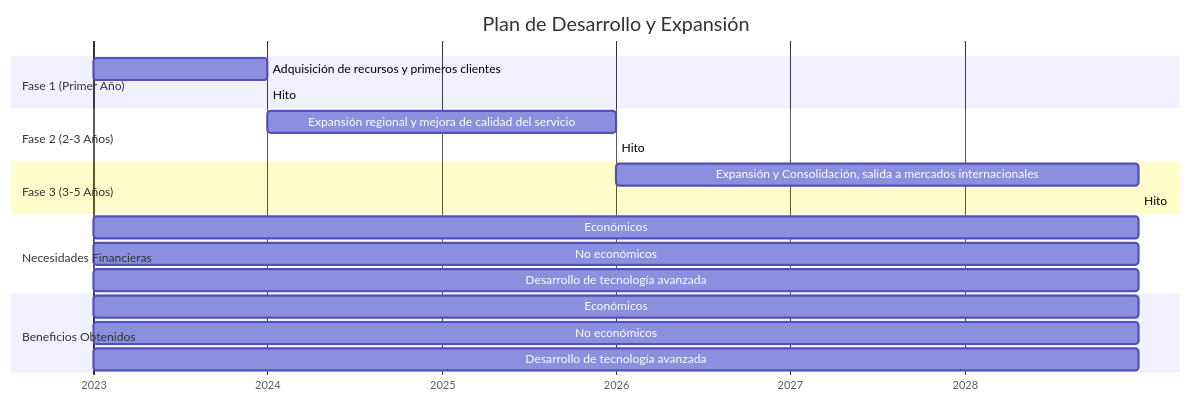
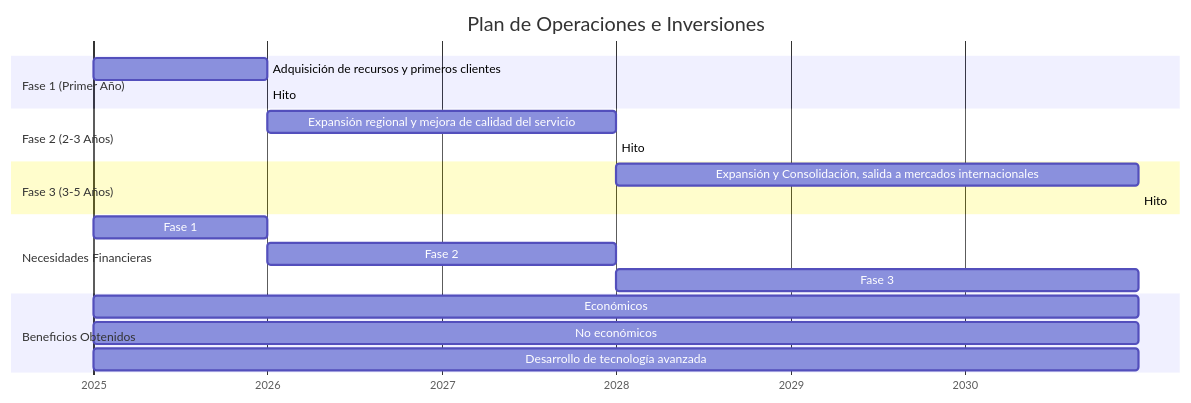
Before and after one commit to rubenvmu/loghid: the ninth of 9 diagrams in README.md, drawn with Mermaid.

````diff
--- a/README.md
+++ b/README.md
@@ -501,28 +501,28 @@
 ```mermaid
 gantt
-    title Plan de Desarrollo y Expansión
+    title Plan de Operaciones e Inversiones
     dateFormat  YYYY-MM-DD
     axisFormat  %Y
 
     section Fase 1 (Primer Año)
-    Adquisición de recursos y primeros clientes       :a1, 2023-01-01, 2023-12-31
-    Hito: Captación de al menos 2-3 contratos iniciales :milestone, 2023-12-31, 0d
+    Adquisición de recursos y primeros clientes       :a1, 2025-01-01, 2025-12-31
+    Hito: Captación de al menos 2-3 contratos iniciales :milestone, 2025-12-31, 0d
 
     section Fase 2 (2-3 Años)
-    Expansión regional y mejora de calidad del servicio :a2, 2024-01-01, 2025-12-31
-    Hito: Generación de ingresos recurrentes y consolidación en el Valle del Ebro :milestone, 2025-12-31, 0d
+    Expansión regional y mejora de calidad del servicio :a2, 2026-01-01, 2027-12-31
+    Hito: Generación de ingresos recurrentes y consolidación en el Valle del Ébro :milestone, 2027-12-31, 0d
 
     section Fase 3 (3-5 Años)
-    Expansión y Consolidación, salida a mercados internacionales :a3, 2026-01-01, 2028-12-31
-    Hito: Contratos internacionales y consolidación del flujo de ingresos estable :milestone, 2028-12-31, 0d
+    Expansión y Consolidación, salida a mercados internacionales :a3, 2028-01-01, 2030-12-31
+    Hito: Contratos internacionales y consolidación del flujo de ingresos estable :milestone, 2030-12-31, 0d
 
     section Necesidades Financieras
-    Económicos: Flujo recurrente de ingresos :a4, 2023-01-01, 2028-12-31
-    No económicos: Reducción de la huella de carbono :a5, 2023-01-01, 2028-12-31
-    Desarrollo de tecnología avanzada :a6, 2023-01-01, 2028-12-31
+    Fase 1: 200-300k € :a4, 2025-01-01, 2025-12-31
+    Fase 2: 100-150k € :a5, 2026-01-01, 2027-12-31
+    Fase 3: 500k-1M € :a6, 2028-01-01, 2030-12-31
 
     section Beneficios Obtenidos
-    Económicos: Flujo recurrente de ingresos :a7, 2023-01-01, 2028-12-31
-    No económicos: Reducción de la huella de carbono :a8, 2023-01-01, 2028-12-31
-    Desarrollo de tecnología avanzada :a9, 2023-01-01, 2028-12-31
+    Económicos: Flujo recurrente de ingresos :a7, 2025-01-01, 2030-12-31
+    No económicos: Reducción de la huella de carbono :a8, 2025-01-01, 2030-12-31
+    Desarrollo de tecnología avanzada :a9, 2025-01-01, 2030-12-31
 ```
````
